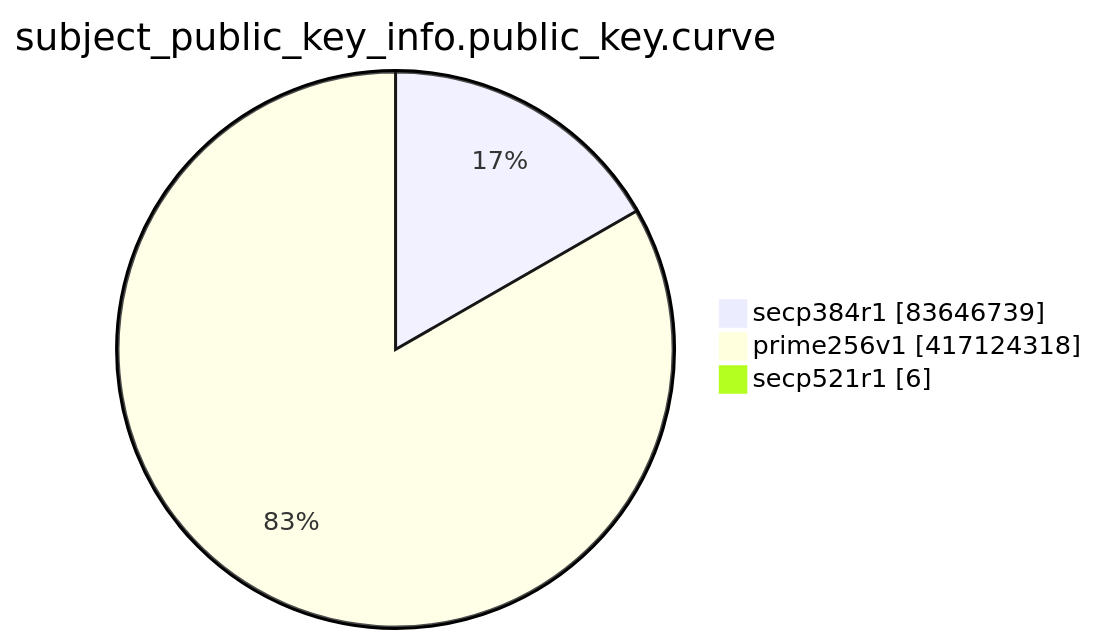
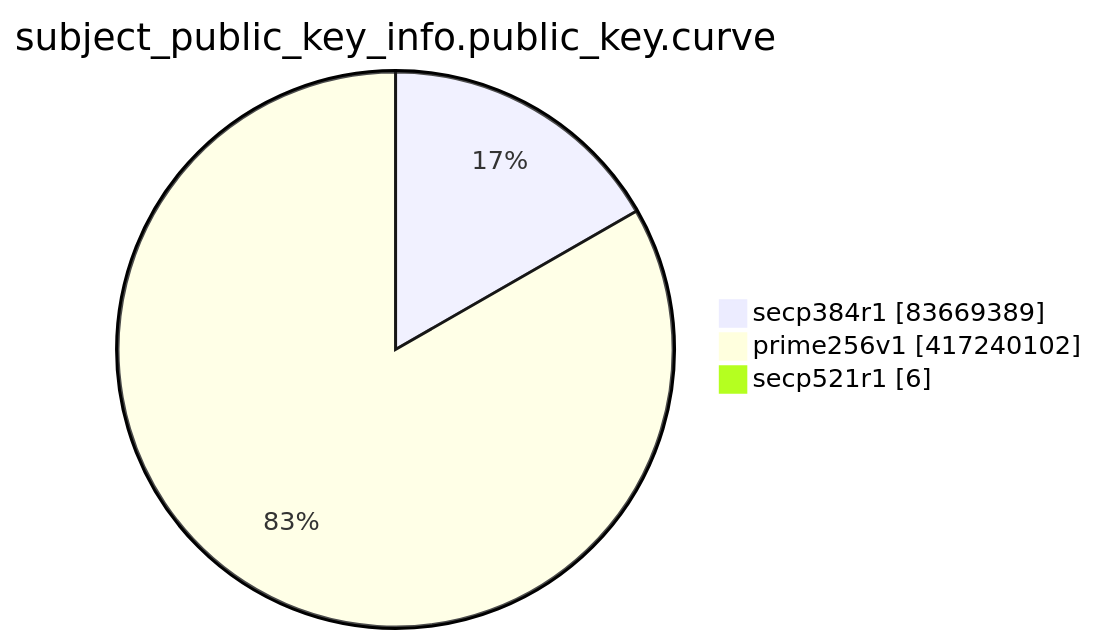
The eighth of 15 diagrams in TOTAL/README.md (christiankrug/ctmonitor_visualization), drawn with Mermaid before and after one commit. The commit also changed other lines of this file, not shown here.

````diff
--- a/TOTAL/README.md
+++ b/TOTAL/README.md
@@ -3098,7 +3098,7 @@
 ```mermaid
 pie showData
 title subject_public_key_info.public_key.curve
-"secp384r1" :83646739
-"prime256v1" :417124318
+"secp384r1" :83669389
+"prime256v1" :417240102
 "secp521r1" :6
 ```
````
